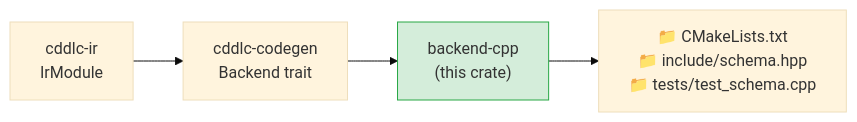
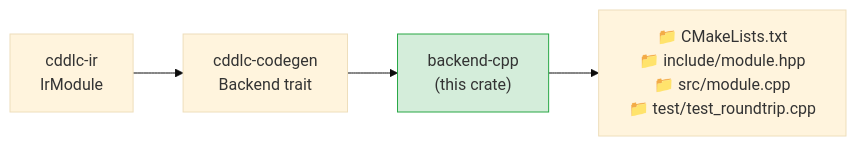
One commit to dgtlrift/cddlc changed the diagram in crates/backend-cpp/README.md. Above: the diagram before and after it, drawn with Mermaid (base theme). The commit also changed other lines of this file, not shown here.

First line of the commit message:
docs(cpp): rewrite the README from real generated output

````diff
--- a/crates/backend-cpp/README.md
+++ b/crates/backend-cpp/README.md
@@ -10,7 +10,7 @@
 ```mermaid
 flowchart LR
     A["cddlc-ir\nIrModule"] --> B["cddlc-codegen\nBackend trait"]
     B --> C["backend-cpp\n(this crate)"]:::active
-    C --> D["📁 CMakeLists.txt\n📁 include/schema.hpp\n📁 tests/test_schema.cpp"]
+    C --> D["📁 CMakeLists.txt\n📁 include/module.hpp\n📁 src/module.cpp\n📁 test/test_roundtrip.cpp"]
     classDef active fill:#d4edda,stroke:#28a745
 ```
````
